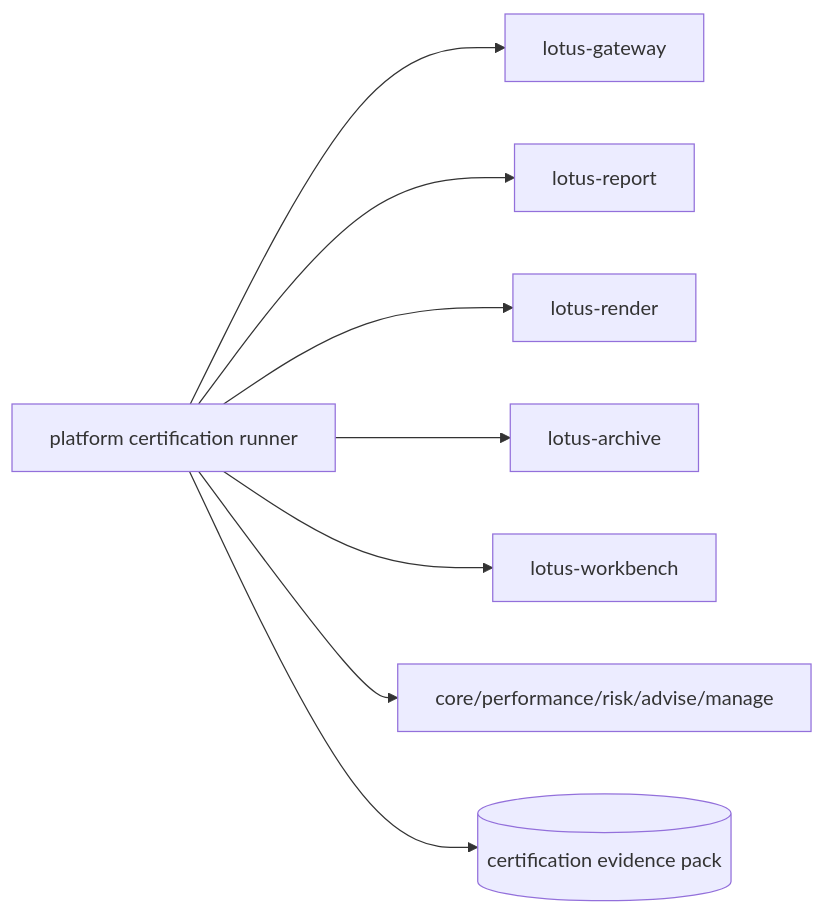
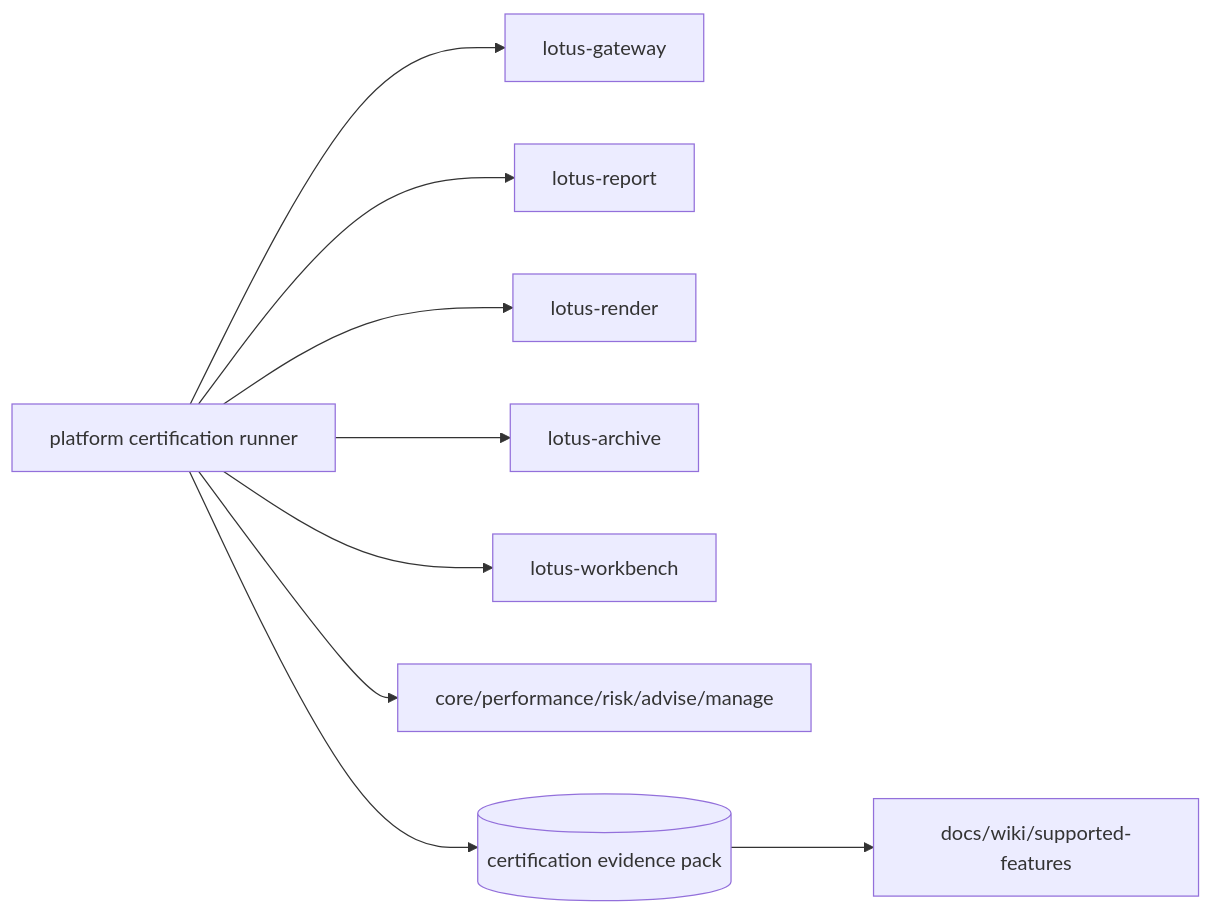
The diagram in rfcs/RFC-0107-enterprise-reporting-production-certification.md (sgajbi/lotus-platform), drawn with Mermaid before and after one commit. The commit also changed other lines of this file and 4 other files, not shown here.

````diff
--- a/rfcs/RFC-0107-enterprise-reporting-production-certification.md
+++ b/rfcs/RFC-0107-enterprise-reporting-production-certification.md
@@ -66,10 +218,11 @@
 ```mermaid
 flowchart LR
     CERT[platform certification runner] --> GW[lotus-gateway]
     CERT --> REPORT[lotus-report]
     CERT --> RENDER[lotus-render]
     CERT --> ARCHIVE[lotus-archive]
     CERT --> WB[lotus-workbench]
     CERT --> UPSTREAM[core/performance/risk/advise/manage]
     CERT --> EVIDENCE[(certification evidence pack)]
+    EVIDENCE --> DOCS[docs/wiki/supported-features]
 ```
````
